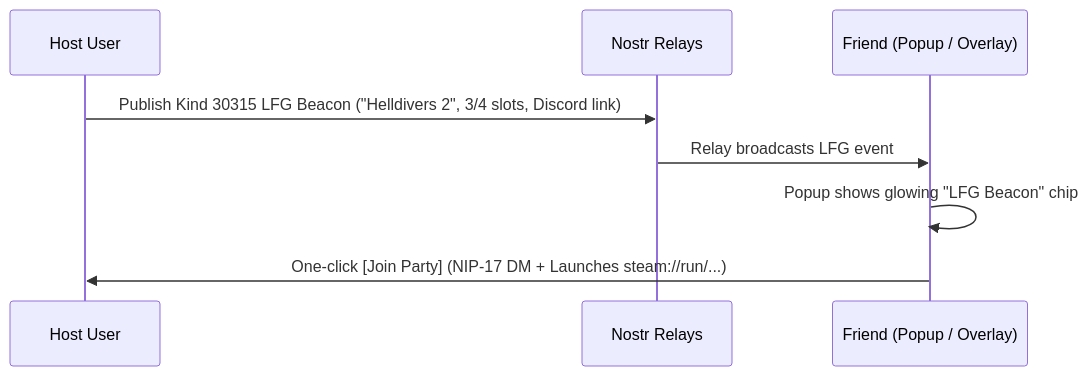
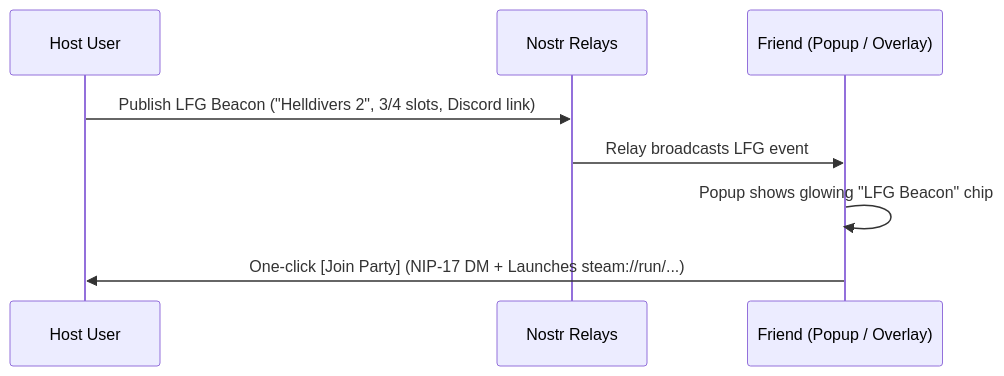
The diagram in docs/GAMING_EXPANSION_ROADMAP.md (craigpen/hang-time), drawn with Mermaid before and after one commit. The commit also changed other lines of this file and 2 other files, not shown here.

First line of the commit message:
docs: audit roadmaps for feasibility, add self-hosted media and enhancement ideas

````diff
--- a/docs/GAMING_EXPANSION_ROADMAP.md
+++ b/docs/GAMING_EXPANSION_ROADMAP.md
@@ -134,11 +148,11 @@
 ```mermaid
 sequenceDiagram
     participant Host as Host User
     participant Nostr as Nostr Relays
     participant Friend as Friend (Popup / Overlay)
 
-    Host->>Nostr: Publish Kind 30315 LFG Beacon ("Helldivers 2", 3/4 slots, Discord link)
+    Host->>Nostr: Publish LFG Beacon ("Helldivers 2", 3/4 slots, Discord link)
     Nostr->>Friend: Relay broadcasts LFG event
     Friend->>Friend: Popup shows glowing "LFG Beacon" chip
     Friend->>Host: One-click [Join Party] (NIP-17 DM + Launches steam://run/...)
 ```
````
